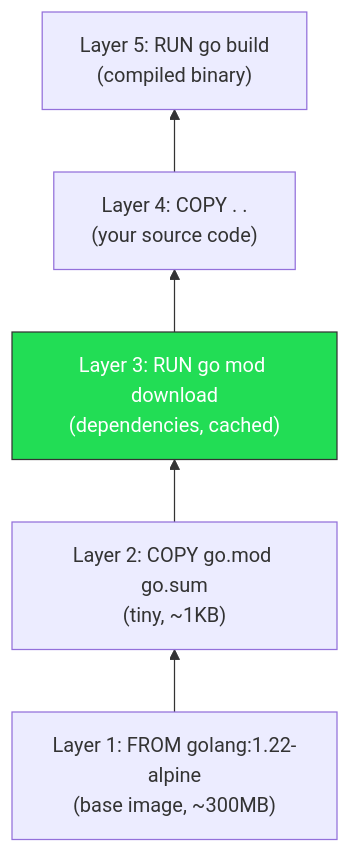
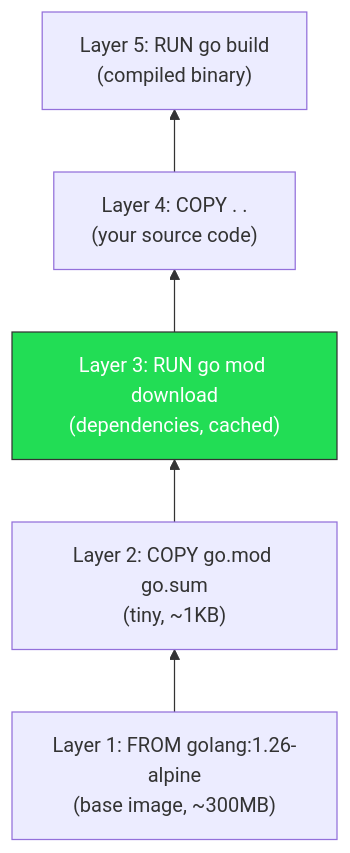
Before and after one commit to fesoliveira014/go-journey: the second of 2 diagrams in docs/src/ch03/docker-fundamentals.md, drawn with Mermaid. The commit also changed other lines of this file and 16 other files, not shown here.

````diff
--- a/docs/src/ch03/docker-fundamentals.md
+++ b/docs/src/ch03/docker-fundamentals.md
@@ -105,12 +105,12 @@
 ```mermaid
 graph BT
-    L1["Layer 1: FROM golang:1.22-alpine<br/>(base image, ~300MB)"]
+    L1["Layer 1: FROM golang:1.26-alpine<br/>(base image, ~300MB)"]
     L2["Layer 2: COPY go.mod go.sum<br/>(tiny, ~1KB)"]
     L3["Layer 3: RUN go mod download<br/>(dependencies, cached)"]
     L4["Layer 4: COPY . .<br/>(your source code)"]
     L5["Layer 5: RUN go build<br/>(compiled binary)"]
 
     L1 --> L2 --> L3 --> L4 --> L5
 
     style L3 fill:#2d5,stroke:#333,color:#fff
 ```
````
